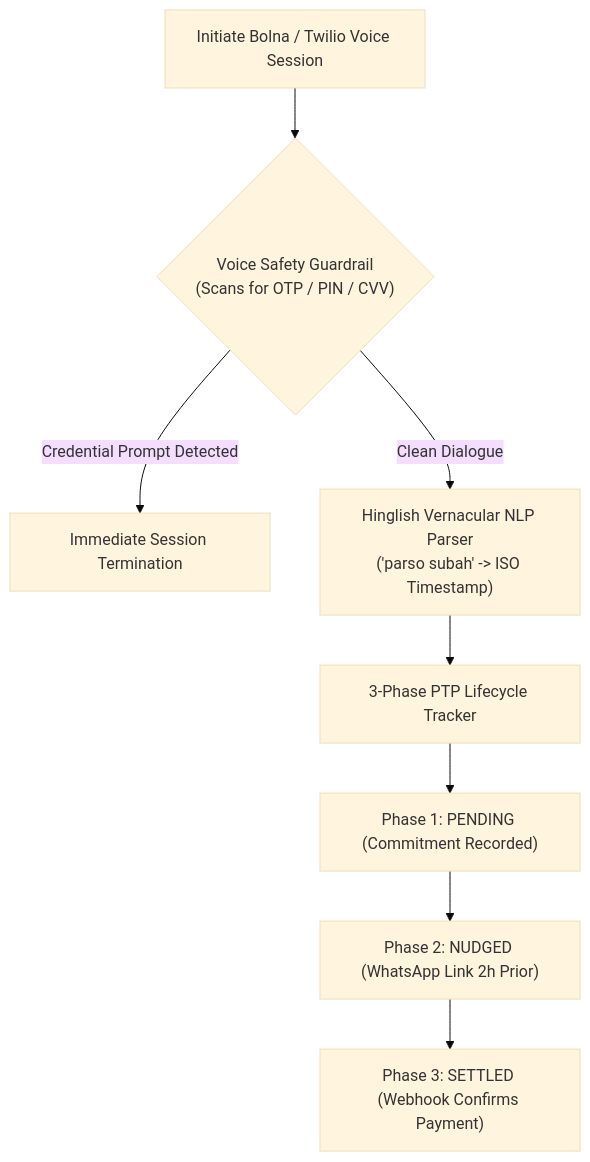
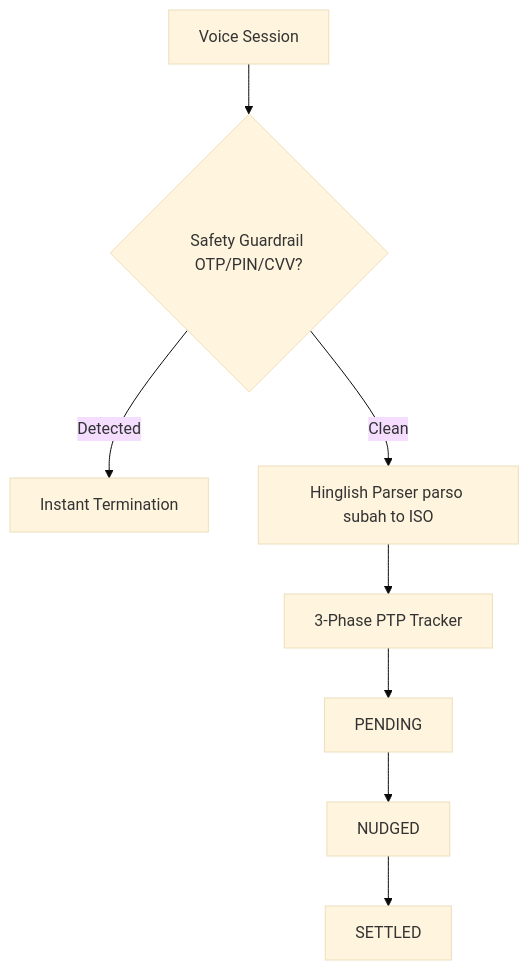
The fifth of 6 diagrams in README.md (himanshu-2l/Razorpay-Recovery-Brain), drawn with Mermaid (base theme) before and after one commit. The commit also changed other lines of this file, not shown here.

Commit message:
docs: upgrade README to production-grade showcase with impact metrics, Overleaf link, and competitor comparison

````diff
--- a/README.md
+++ b/README.md
@@ -227,10 +201,8 @@
 ```mermaid
 flowchart TD
-    START["Initiate Bolna / Twilio Voice Session"] --> REGEX{"Voice Safety Guardrail<br/>(Scans for OTP / PIN / CVV)"}
-    REGEX -->|Credential Prompt Detected| KILL["Immediate Session Termination"]
-    REGEX -->|Clean Dialogue| HING["Hinglish Vernacular NLP Parser<br/>('parso subah' -> ISO Timestamp)"]
-    HING --> PTP["3-Phase PTP Lifecycle Tracker"]
-    PTP --> ST1["Phase 1: PENDING (Commitment Recorded)"]
-    ST1 --> ST2["Phase 2: NUDGED (WhatsApp Link 2h Prior)"]
-    ST2 --> ST3["Phase 3: SETTLED (Webhook Confirms Payment)"]
+    START["Voice Session"] --> REGEX{"Safety Guardrail OTP/PIN/CVV?"}
+    REGEX -->|Detected| KILL["Instant Termination"]
+    REGEX -->|Clean| HING["Hinglish Parser parso subah to ISO"]
+    HING --> PTP["3-Phase PTP Tracker"]
+    PTP --> S1["PENDING"] --> S2["NUDGED"] --> S3["SETTLED"]
 ```
````
